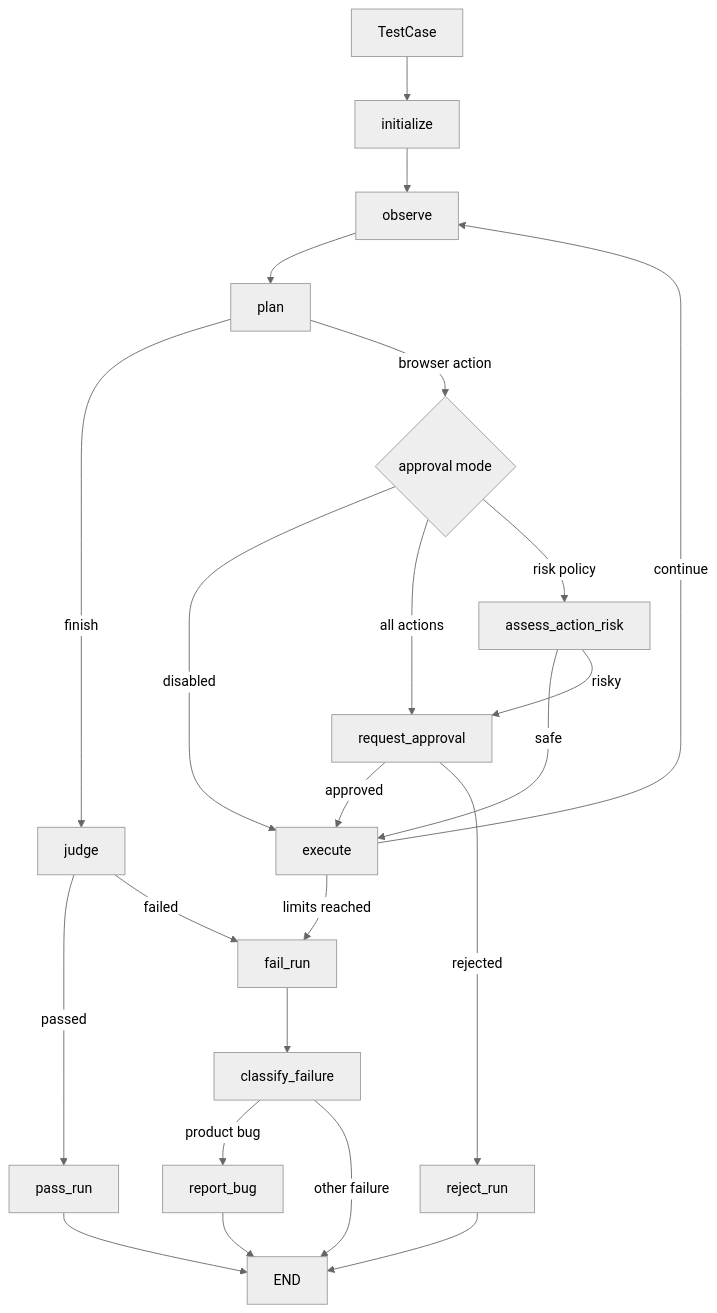
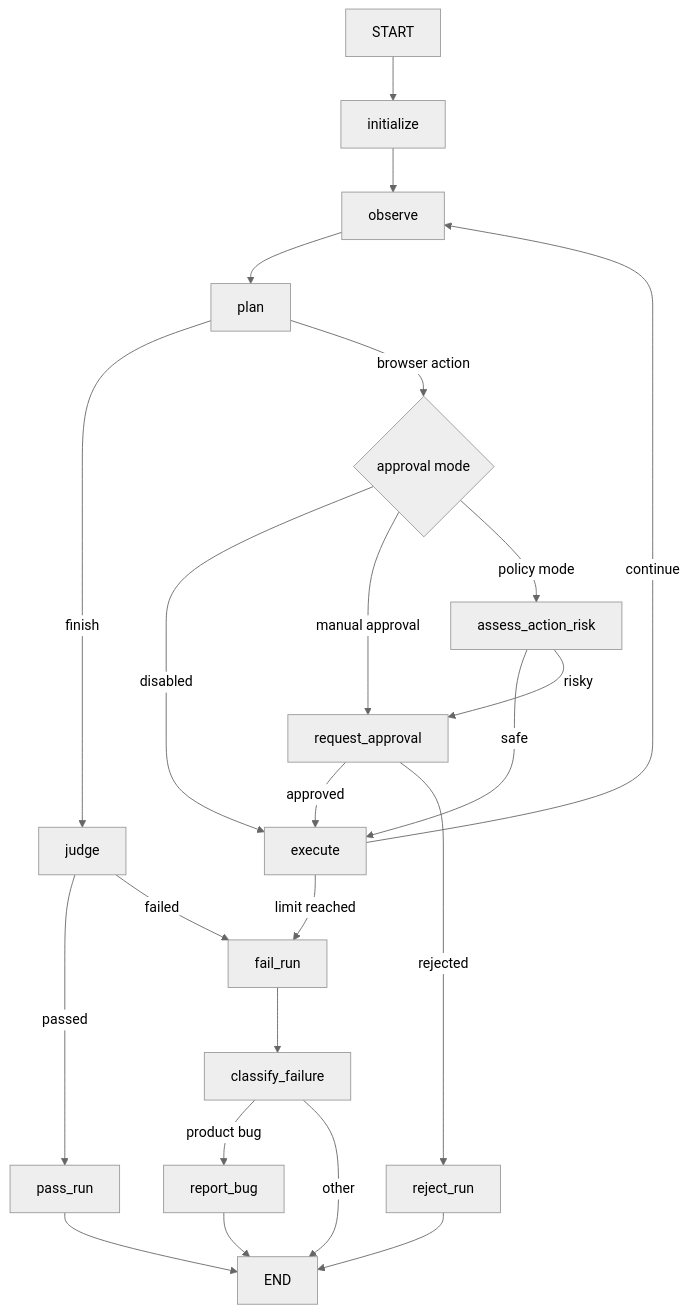
The diagram in docs/architecture.md (Nikolay2048/ui-browser-agent), drawn with Mermaid (neutral theme) before and after one commit. The commit also changed other lines of this file and 12 other files, not shown here.

````diff
--- a/docs/architecture.md
+++ b/docs/architecture.md
@@ -5,25 +153,25 @@
 ```mermaid
 flowchart TD
-    S["TestCase"] --> I["initialize"]
-    I --> O["observe"]
-    O --> P["plan"]
-    P -->|"finish"| J["judge"]
-    P -->|"browser action"| R{"approval mode"}
-    R -->|"disabled"| E["execute"]
-    R -->|"all actions"| A["request_approval"]
-    R -->|"risk policy"| RP["assess_action_risk"]
-    RP -->|"safe"| E
-    RP -->|"risky"| A
-    A -->|"approved"| E
-    A -->|"rejected"| HR["reject_run"]
-    E -->|"continue"| O
-    E -->|"limits reached"| F["fail_run"]
-    J -->|"passed"| PASS["pass_run"]
-    J -->|"failed"| F
-    F --> C["classify_failure"]
-    C -->|"product bug"| B["report_bug"]
-    C -->|"other failure"| END["END"]
-    B --> END
-    HR --> END
+    START["START"] --> INIT["initialize"]
+    INIT --> OBSERVE["observe"]
+    OBSERVE --> PLAN["plan"]
+    PLAN -->|"finish"| JUDGE["judge"]
+    PLAN -->|"browser action"| APPROVAL{"approval mode"}
+    APPROVAL -->|"disabled"| EXECUTE["execute"]
+    APPROVAL -->|"manual approval"| REQUEST["request_approval"]
+    APPROVAL -->|"policy mode"| RISK["assess_action_risk"]
+    RISK -->|"safe"| EXECUTE
+    RISK -->|"risky"| REQUEST
+    REQUEST -->|"approved"| EXECUTE
+    REQUEST -->|"rejected"| REJECT["reject_run"]
+    EXECUTE -->|"continue"| OBSERVE
+    EXECUTE -->|"limit reached"| FAIL["fail_run"]
+    JUDGE -->|"passed"| PASS["pass_run"]
+    JUDGE -->|"failed"| FAIL
+    FAIL --> CLASSIFY["classify_failure"]
+    CLASSIFY -->|"product bug"| REPORT["report_bug"]
+    CLASSIFY -->|"other"| END["END"]
+    REPORT --> END
+    REJECT --> END
     PASS --> END
 ```
````
